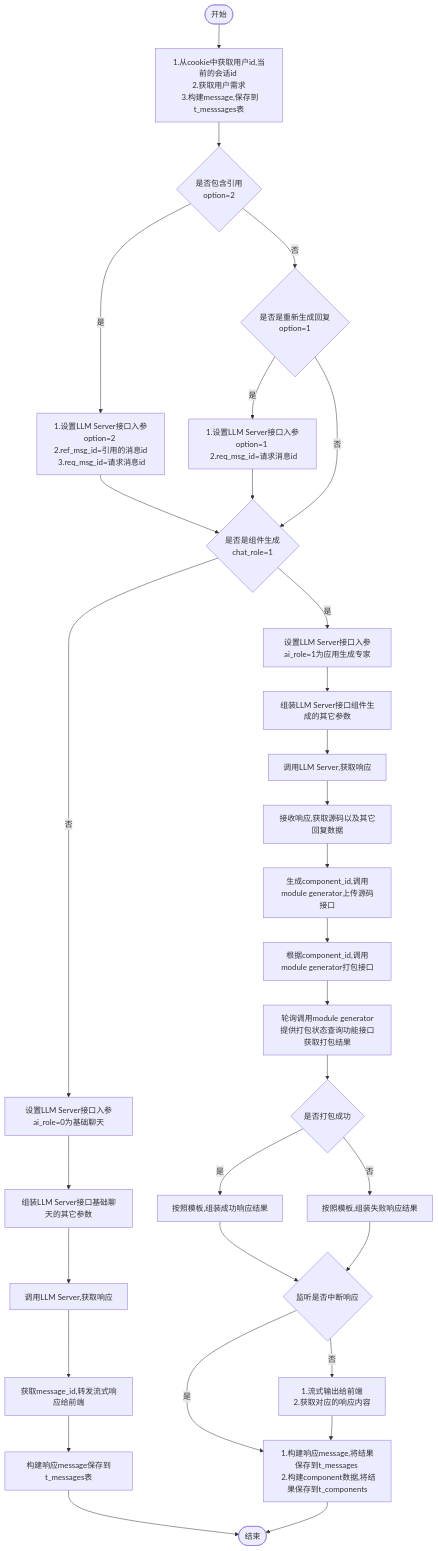
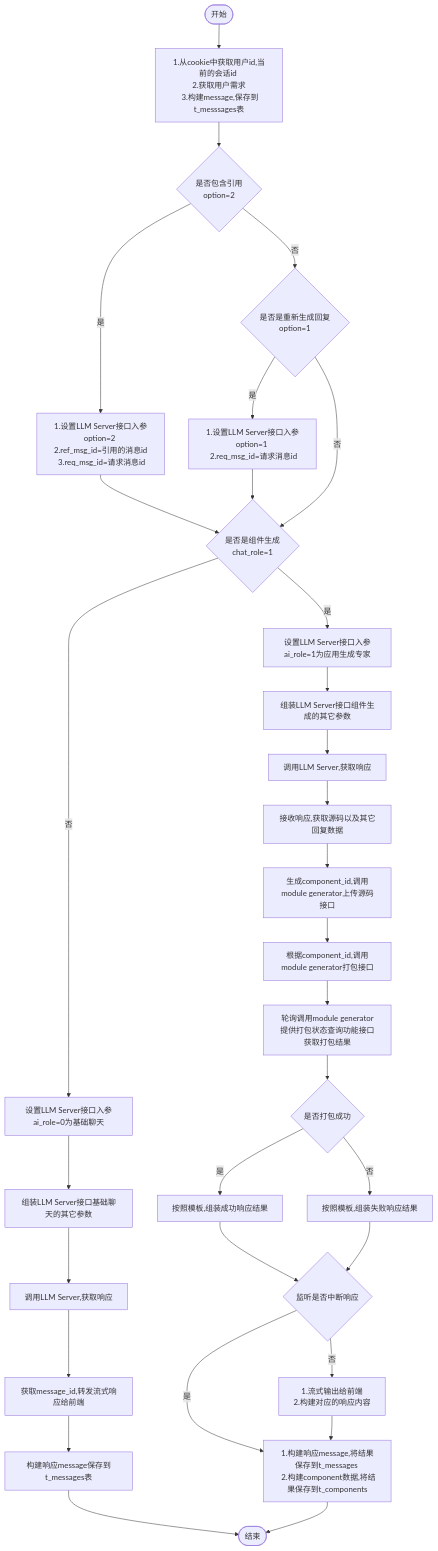
Before and after one commit to yingjianzh/iodraw-files: the diagram in all/w3-会话-不需要传递message.md, drawn with Mermaid.

Commit message:
2024-10-15 15:17:06 update

````diff
--- a/all/w3-会话-不需要传递message.md
+++ b/all/w3-会话-不需要传递message.md
@@ -1,37 +1,37 @@
 ```mermaid
 flowchart TD
     A([开始]) --> B[1.从cookie中获取用户id,当前的会话id \n 2.获取用户需求 \n 3.构建message,保存到t_messsages表]
     B--> D{是否包含引用 \n option=2}
     D -- 是 --> E[1.设置LLM Server接口入参option=2 \n 2.ref_msg_id=引用的消息id \n 3.req_msg_id=请求消息id]
     D -- 否 --> F{是否是重新生成回复\n option=1}
     F -- 是 --> G[1.设置LLM Server接口入参option=1 \n 2.req_msg_id=请求消息id]
     F -- 否 --> I
      
     E & G --> I{是否是组件生成 \n chat_role=1}
     I -- 否 --> K[设置LLM Server接口入参ai_role=0为基础聊天]
     I -- 是 --> J[设置LLM Server接口入参ai_role=1为应用生成专家]
     
 
     J --> L[组装LLM Server接口组件生成的其它参数]    
     K --> M[组装LLM Server接口基础聊天的其它参数]    
     M --> N[调用LLM Server,获取响应]    
     N --> O[获取message_id,转发流式响应给前端]
     O --> P[构建响应message保存到t_messages表]
     P --> R([结束])
 
 
     L --> S[调用LLM Server,获取响应]
     S --> T[接收响应,获取源码以及其它回复数据]
     T --> U[生成component_id,调用module generator上传源码接口]
     U --> V[根据component_id,调用module generator打包接口]
     V --> W[轮询调用module generator提供打包状态查询功能接口获取打包结果]
     W --> X{是否打包成功}
     X -- 是 --> Y[按照模板,组装成功响应结果]
     X -- 否 --> Z[按照模板,组装失败响应结果]
     Y & Z --> Done{监听是否中断响应}
     Done -- 是 --> Result
-    Done -- 否 --> OutPut[1.流式输出给前端 \n 2.获取对应的响应内容]
+    Done -- 否 --> OutPut[1.流式输出给前端 \n 2.构建对应的响应内容]
 
     OutPut --> Result[1.构建响应message,将结果保存到t_messages \n 2.构建component数据,将结果保存到t_components]
     Result --> R
 ```
````
